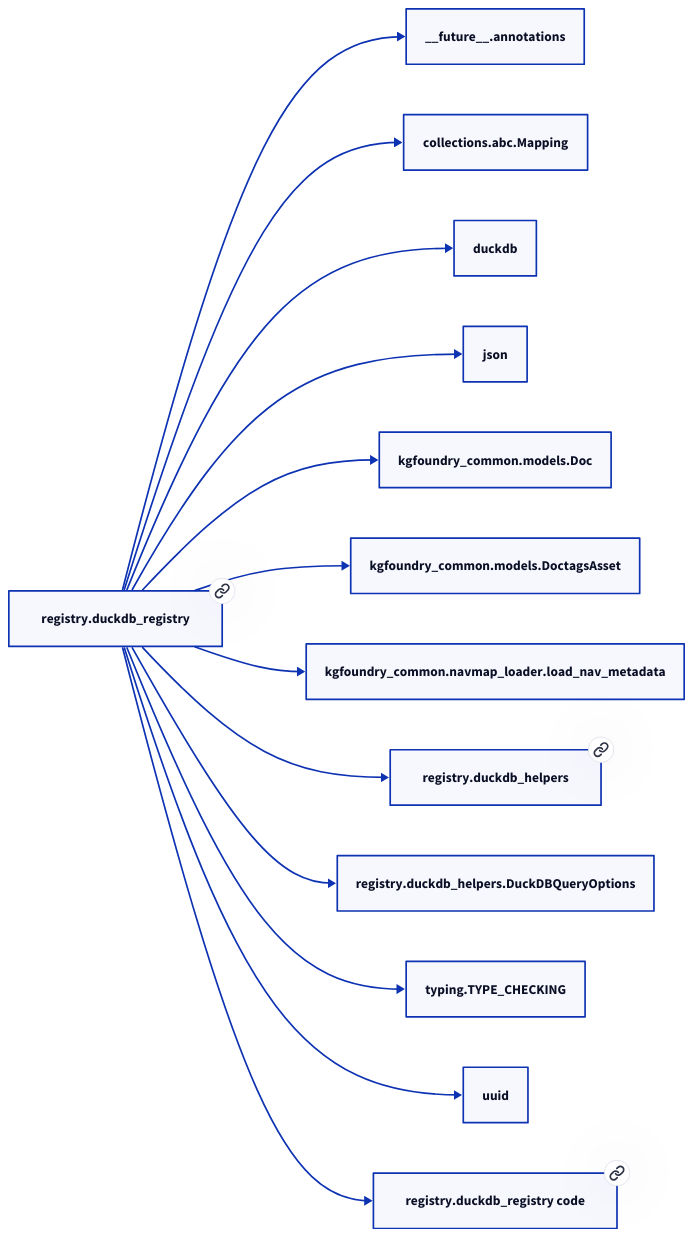
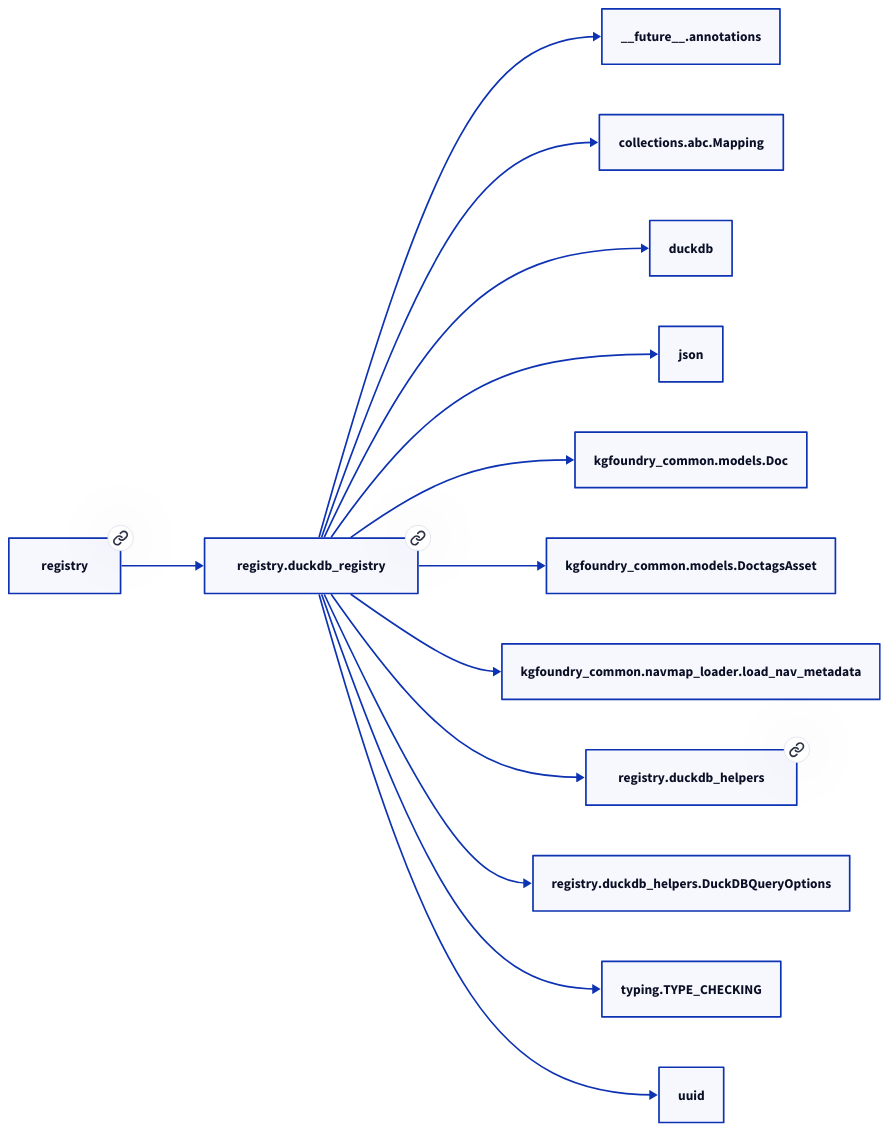
Before and after one commit to paul-heyse/kgforge: the second of 2 diagrams in docs/modules/registry/duckdb_registry.md, drawn with D2. The commit also changed other lines of this file and 208 other files, not shown here.

````diff
--- a/docs/modules/registry/duckdb_registry.md
+++ b/docs/modules/registry/duckdb_registry.md
@@ -39,28 +43,28 @@
 ```d2
 direction: right
-"registry.duckdb_registry": "registry.duckdb_registry" { link: "./registry/duckdb_registry.md" }
+"registry.duckdb_registry": "registry.duckdb_registry" { link: "https://github.com/paul-heyse/kgfoundry/blob/main/src/registry/duckdb_registry.py" }
 "__future__.annotations": "__future__.annotations"
 "registry.duckdb_registry" -> "__future__.annotations"
 "collections.abc.Mapping": "collections.abc.Mapping"
 "registry.duckdb_registry" -> "collections.abc.Mapping"
 "duckdb": "duckdb"
 "registry.duckdb_registry" -> "duckdb"
 "json": "json"
 "registry.duckdb_registry" -> "json"
 "kgfoundry_common.models.Doc": "kgfoundry_common.models.Doc"
 "registry.duckdb_registry" -> "kgfoundry_common.models.Doc"
 "kgfoundry_common.models.DoctagsAsset": "kgfoundry_common.models.DoctagsAsset"
 "registry.duckdb_registry" -> "kgfoundry_common.models.DoctagsAsset"
 "kgfoundry_common.navmap_loader.load_nav_metadata": "kgfoundry_common.navmap_loader.load_nav_metadata"
 "registry.duckdb_registry" -> "kgfoundry_common.navmap_loader.load_nav_metadata"
-"registry.duckdb_helpers": "registry.duckdb_helpers" { link: "./registry/duckdb_helpers.md" }
+"registry.duckdb_helpers": "registry.duckdb_helpers" { link: "https://github.com/paul-heyse/kgfoundry/blob/main/src/registry/duckdb_helpers.py" }
 "registry.duckdb_registry" -> "registry.duckdb_helpers"
 "registry.duckdb_helpers.DuckDBQueryOptions": "registry.duckdb_helpers.DuckDBQueryOptions"
 "registry.duckdb_registry" -> "registry.duckdb_helpers.DuckDBQueryOptions"
 "typing.TYPE_CHECKING": "typing.TYPE_CHECKING"
 "registry.duckdb_registry" -> "typing.TYPE_CHECKING"
 "uuid": "uuid"
 "registry.duckdb_registry" -> "uuid"
-"registry.duckdb_registry_code": "registry.duckdb_registry code" { link: "https://github.com/kgfoundry/kgfoundry/blob/main/src/registry/duckdb_registry.py" }
-"registry.duckdb_registry" -> "registry.duckdb_registry_code" { style: dashed }
+"registry": "registry" { link: "https://github.com/paul-heyse/kgfoundry/blob/main/src/registry/__init__.py" }
+"registry" -> "registry.duckdb_registry" { style: dashed }
 ```
````
